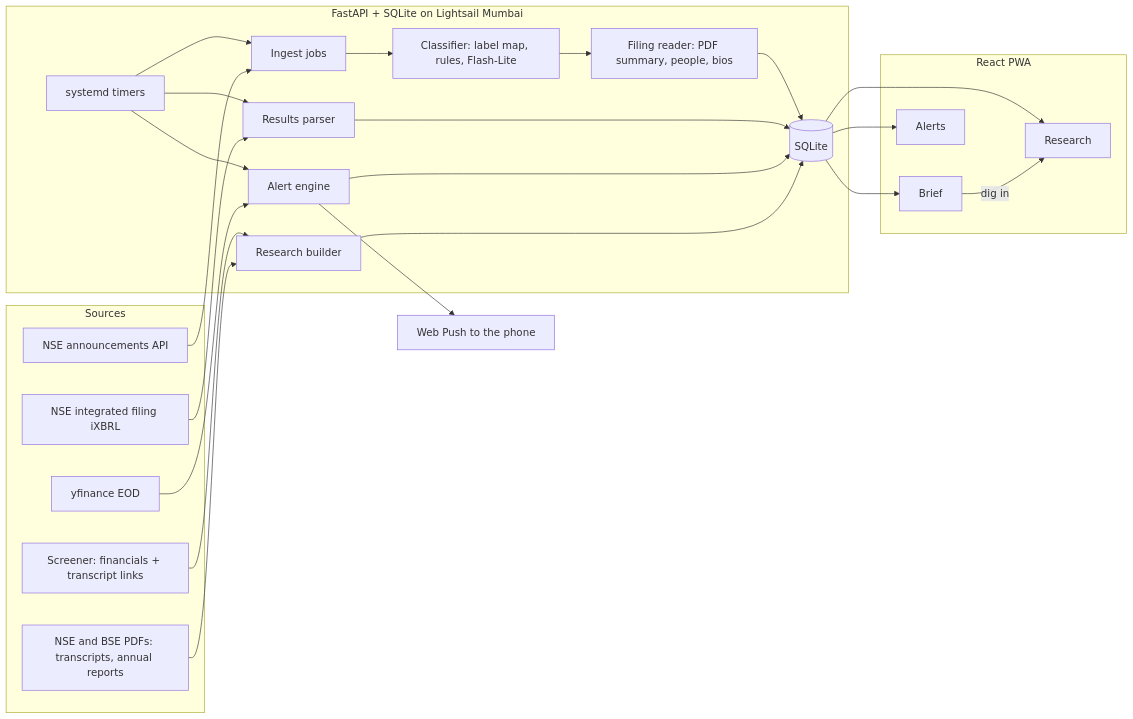
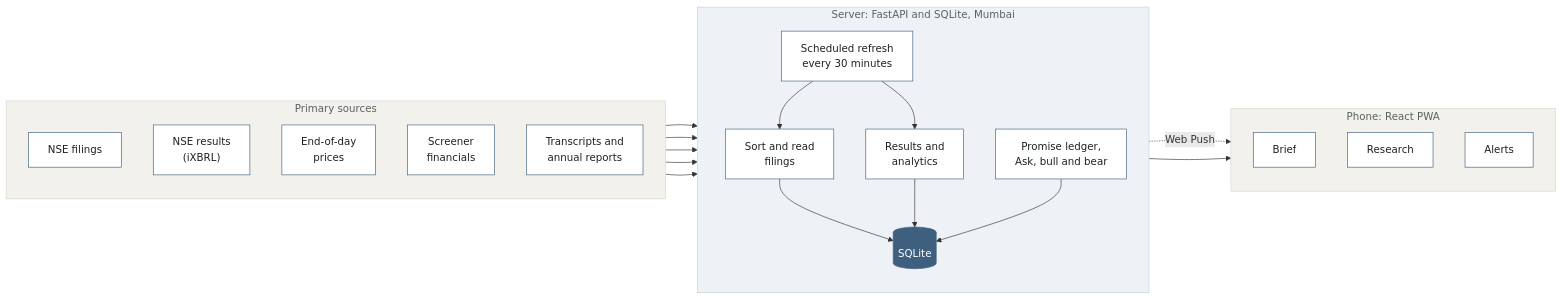
One commit to pranshuk22/finn changed the diagram in README.md. Above: the diagram before and after it, drawn with Mermaid. The commit also changed other lines of this file and 3 other files, not shown here.

Commit message:
Polish the README and diagram; say AI, not a tool name

````diff
--- a/README.md
+++ b/README.md
@@ -139,43 +100,42 @@
 ```mermaid
 flowchart LR
-    subgraph Sources
-        NSE[NSE announcements API]
-        IX[NSE integrated filing iXBRL]
-        YF[yfinance EOD]
-        SCR[Screener: financials + transcript links]
-        DOCS[NSE and BSE PDFs: transcripts, annual reports]
+    subgraph SRC["Primary sources"]
+        direction TB
+        NSE["NSE filings"]
+        IX["NSE results<br/>(iXBRL)"]
+        EOD["End-of-day<br/>prices"]
+        SCR["Screener<br/>financials"]
+        PDF["Transcripts and<br/>annual reports"]
     end
 
-    subgraph Backend[FastAPI + SQLite on Lightsail Mumbai]
-        CRON[systemd timers]
-        ING[Ingest jobs]
-        CLS[Classifier: label map, rules, Flash-Lite]
-        ENR[Filing reader: PDF summary, people, bios]
-        RES[Results parser]
-        ALR[Alert engine]
-        PULL[Research builder]
-        DB[(SQLite)]
+    subgraph API["Server: FastAPI and SQLite, Mumbai"]
+        direction TB
+        JOB["Scheduled refresh<br/>every 30 minutes"]
+        CLS["Sort and read<br/>filings"]
+        NUM["Results and<br/>analytics"]
+        PULL["Promise ledger,<br/>Ask, bull and bear"]
+        DB[("SQLite")]
+        JOB --> CLS & NUM
+        CLS & NUM & PULL --> DB
     end
 
-    subgraph App[React PWA]
-        BRIEF[Brief]
-        ALERTS[Alerts]
-        RESEARCH[Research]
+    subgraph APP["Phone: React PWA"]
+        direction TB
+        BRIEF["Brief"]
+        RES["Research"]
+        ALR["Alerts"]
     end
 
-    PUSH[Web Push to the phone]
+    NSE & IX & EOD & SCR --> JOB
+    PDF --> PULL
+    DB --> APP
+    JOB -. "Web Push" .-> ALR
 
-    CRON --> ING & RES & ALR
-    NSE --> ING
-    IX --> RES
-    YF --> ALR
-    SCR --> PULL
-    DOCS --> PULL
-    ALR --> PUSH
-    ING --> CLS --> ENR --> DB
-    RES --> DB
-    ALR --> DB
-    PULL --> DB
-    DB --> BRIEF & ALERTS & RESEARCH
-    BRIEF -- dig in --> RESEARCH
+    classDef node fill:#ffffff,stroke:#3f5f7f,stroke-width:1px,color:#1b2221
+    classDef store fill:#3f5f7f,stroke:#3f5f7f,color:#ffffff
+    class NSE,IX,EOD,SCR,PDF,JOB,CLS,NUM,PULL,BRIEF,RES,ALR node
+    class DB store
+    style SRC fill:#f3f1ec,stroke:#d9d4ca,color:#596260
+    style API fill:#eef2f6,stroke:#c4d0dc,color:#596260
+    style APP fill:#f3f1ec,stroke:#d9d4ca,color:#596260
 ```
````
